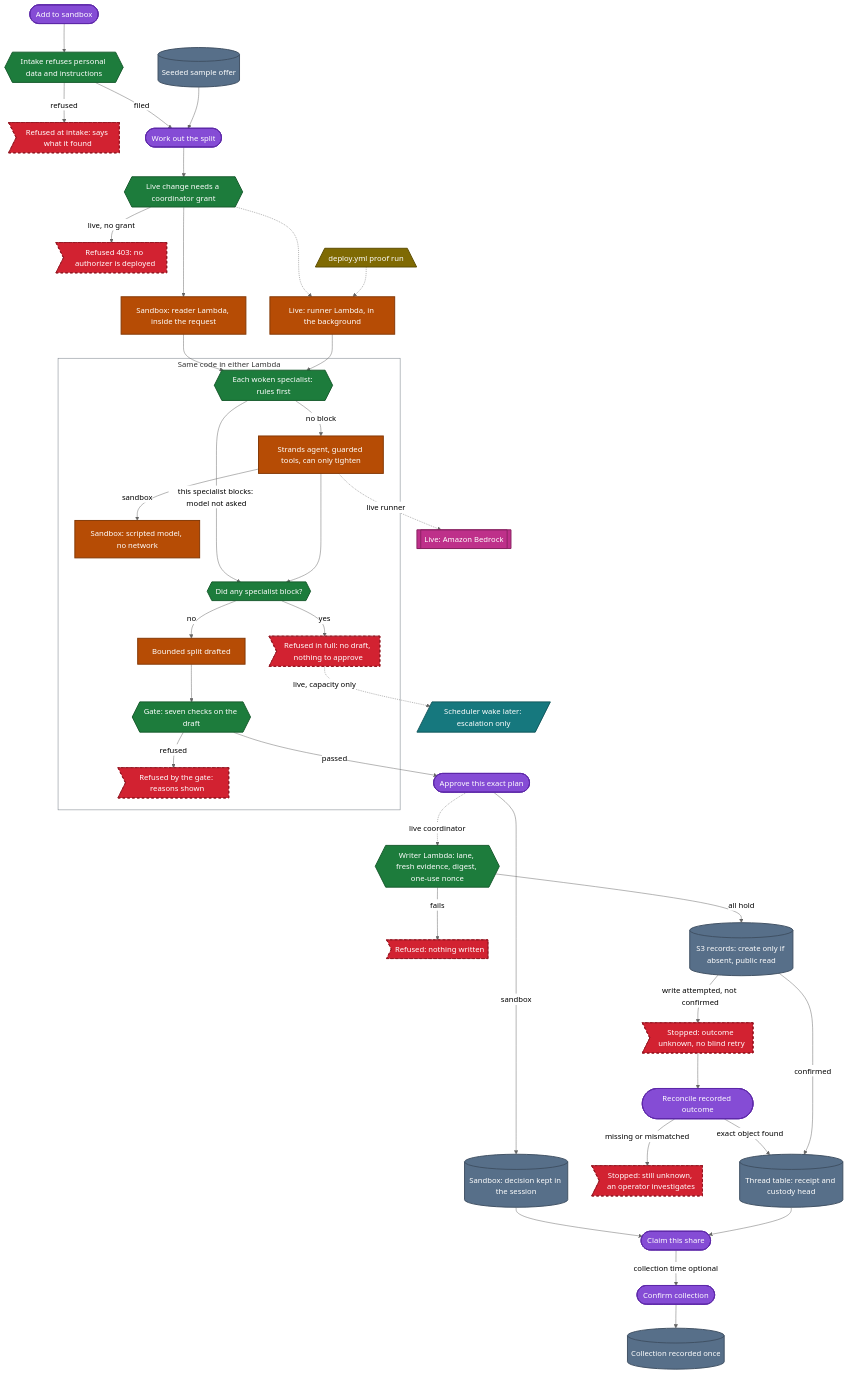
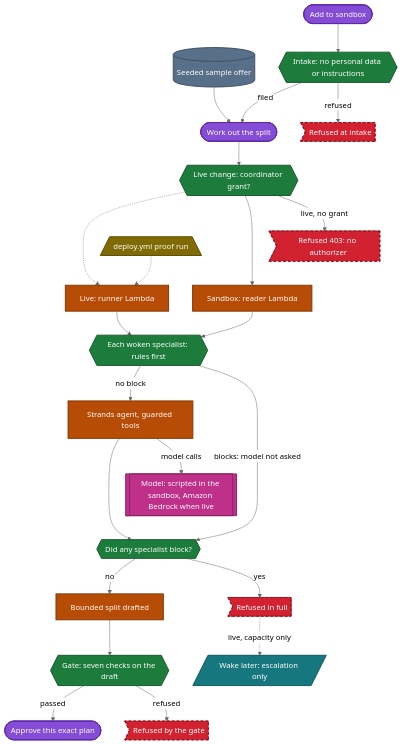
One commit to upgradedev/merismos-aws changed the first of 2 diagrams in docs/architecture.md. Above: the diagram before and after it, drawn with Mermaid (neutral theme). The commit also changed other lines of this file and 3 other files, not shown here.

First line of the commit message:
docs: diagrams that stay readable at page width (ME19)

````diff
--- a/docs/architecture.md
+++ b/docs/architecture.md
@@ -45,42 +47,28 @@
 ```mermaid
 flowchart TB
-    accTitle: The governed flow of one offer
-    accDescr: An offer is seeded, or added through intake, which refuses personal data and instructions. Work out the split starts one run: inside the reader request in the sandbox, or on the runner Lambda for a live run, which the public API refuses without a coordinator grant, so today only the deploy workflow's proof runs start it. Each woken specialist runs its rules first; a specialist whose rule blocks is not sent to the model, the others still are. Any block refuses the offer in full, and only a live capacity block schedules a wake that escalates. Otherwise a bounded split is drafted and the gate runs seven checks. A person approves the exact plan. The sandbox keeps that decision in the session. The live writer checks the lane, evidence, digest and one-use nonce, creates the record only if absent and appends a receipt. An unknown outcome waits for an explicit reconcile, and a missing or mismatched object stays unknown until an operator investigates. The authenticated live publication and recovery drill has not been run. Claiming a share and confirming collection are separate acts.
+    accTitle: The governed flow of one offer, part 1: from an offer to an approved plan
+    accDescr: An offer is seeded, or added through intake, which refuses personal data and instructions. Work out the split starts one run: inside the reader request in the sandbox, or on the runner Lambda for a live run, which the public API refuses without a coordinator grant, so today only the deploy workflow's proof runs start it. Each woken specialist runs its rules first; a specialist whose rules block is not sent to the model, and the others call the model, which is scripted in the sandbox and Amazon Bedrock when live. Any block refuses the offer in full, and only a live capacity block schedules a wake that escalates. Otherwise a bounded split is drafted, and the gate runs seven checks before a person can approve the exact plan.
 
     Seeded[("Seeded sample offer")]:::store
     Add(["Add to sandbox"]):::human
-    Intake{{"Intake refuses personal data and instructions"}}:::gate
-    IntakeNo>"Refused at intake: says what it found"]:::refused
+    Intake{{"Intake: no personal data or instructions"}}:::gate
+    IntakeNo>"Refused at intake"]:::refused
     Run(["Work out the split"]):::human
-    Grant{{"Live change needs a coordinator grant"}}:::gate
-    NoGrant>"Refused 403: no authorizer is deployed"]:::refused
+    Grant{{"Live change: coordinator grant?"}}:::gate
+    NoGrant>"Refused 403: no authorizer"]:::refused
     Proof[/"deploy.yml proof run"\]:::cicd
-    InReader["Sandbox: reader Lambda, inside the request"]:::agent
-    InRunner["Live: runner Lambda, in the background"]:::agent
-    subgraph Chore["Same code in either Lambda"]
-        Rules{{"Each woken specialist: rules first"}}:::gate
-        Agent["Strands agent, guarded tools, can only tighten"]:::agent
-        Scripted["Sandbox: scripted model, no network"]:::agent
-        Blocked{{"Did any specialist block?"}}:::gate
-        Refused>"Refused in full: no draft, nothing to approve"]:::refused
-        Split["Bounded split drafted"]:::agent
-        Gate{{"Gate: seven checks on the draft"}}:::gate
-        GateNo>"Refused by the gate: reasons shown"]:::refused
-    end
-    Bedrock[["Live: Amazon Bedrock"]]:::model
-    Wake[/"Scheduler wake later: escalation only"/]:::edge
+    InReader["Sandbox: reader Lambda"]:::agent
+    InRunner["Live: runner Lambda"]:::agent
+    Rules{{"Each woken specialist: rules first"}}:::gate
+    Agent["Strands agent, guarded tools"]:::agent
+    Blocked{{"Did any specialist block?"}}:::gate
+    Refused>"Refused in full"]:::refused
+    Split["Bounded split drafted"]:::agent
+    Gate{{"Gate: seven checks on the draft"}}:::gate
+    GateNo>"Refused by the gate"]:::refused
+    Model[["Model: scripted in the sandbox, Amazon Bedrock when live"]]:::model
+    Wake[/"Wake later: escalation only"/]:::edge
     Approve(["Approve this exact plan"]):::human
-    Session[("Sandbox: decision kept in the session")]:::store
-    Checks{{"Writer Lambda: lane, fresh evidence, digest, one-use nonce"}}:::gate
-    WriterNo>"Refused: nothing written"]:::refused
-    Records[("S3 records: create only if absent, public read")]:::store
-    Unknown>"Stopped: outcome unknown, no blind retry"]:::refused
-    Reconcile(["Reconcile recorded outcome"]):::human
-    StillUnknown>"Stopped: still unknown, an operator investigates"]:::refused
-    Receipt[("Thread table: receipt and custody head")]:::store
-    Claim(["Claim this share"]):::human
-    Confirm(["Confirm collection"]):::human
-    Collected[("Collection recorded once")]:::store
 
     Add --> Intake
     Intake -->|"refused"| IntakeNo
@@ -93,10 +81,9 @@
     Proof -.-> InRunner
     InReader --> Rules
     InRunner --> Rules
-    Rules -->|"this specialist blocks: model not asked"| Blocked
+    Rules -->|"blocks: model not asked"| Blocked
     Rules -->|"no block"| Agent
-    Agent -->|"sandbox"| Scripted
-    Agent -.->|"live runner"| Bedrock
+    Agent -->|"model calls"| Model
     Agent ---> Blocked
     Blocked -->|"yes"| Refused
     Blocked -->|"no"| Split
@@ -104,21 +91,7 @@
     Split --> Gate
     Gate -->|"refused"| GateNo
     Gate -->|"passed"| Approve
-    Approve -->|"sandbox"| Session
-    Approve -.->|"live coordinator"| Checks
-    Checks -->|"fails"| WriterNo
-    Checks -->|"all hold"| Records
-    Records -->|"write attempted, not confirmed"| Unknown
-    Unknown --> Reconcile
-    Reconcile -->|"exact object found"| Receipt
-    Reconcile -->|"missing or mismatched"| StillUnknown
-    Records ---->|"confirmed"| Receipt
-    Session --> Claim
-    Receipt --> Claim
-    Claim -->|"collection time optional"| Confirm
-    Confirm --> Collected
 
-    style Chore fill:none,stroke:#6e7781,stroke-width:1px
     classDef human fill:#854cd5,stroke:#5d28a9,stroke-width:2px,color:#ffffff
     classDef edge fill:#16787e,stroke:#10565b,stroke-width:2px,color:#ffffff
     classDef agent fill:#b64c05,stroke:#833704,stroke-width:2px,color:#ffffff
````
